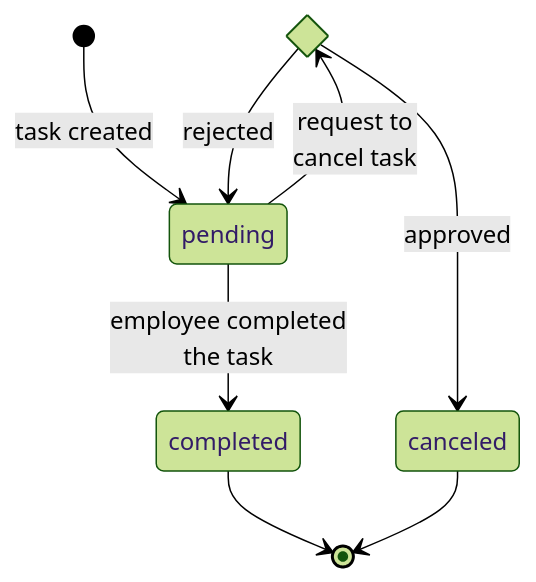
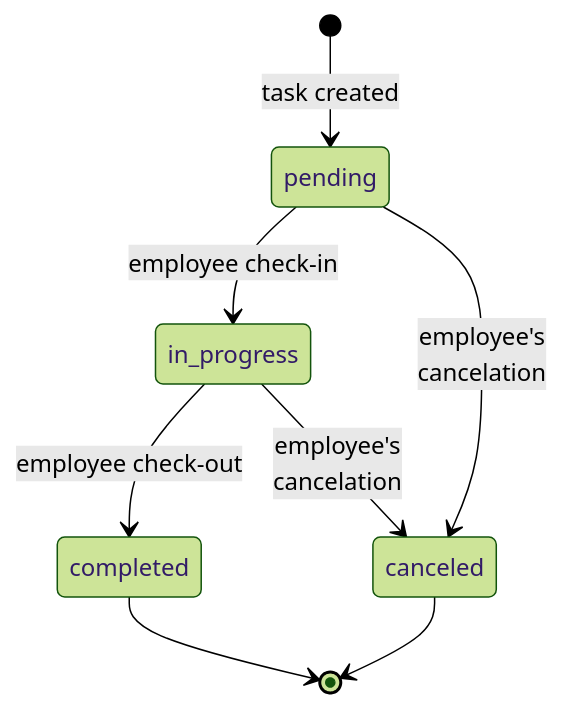
One commit to nnminh-sam/trip-sync-microservices changed the second of 3 diagrams in docs/state-diagram.md. Above: the diagram before and after it, drawn with Mermaid (forest theme). The commit also changed other lines of this file and 2 other files, not shown here.

````diff
--- a/docs/state-diagram.md
+++ b/docs/state-diagram.md
@@ -30,11 +33,10 @@
 ```mermaid
 stateDiagram-v2
-    state if_state <<choice>>
     [*] --> pending: task created
-    pending --> if_state: request to<br/>cancel task
-    pending --> completed: employee completed<br/>the task
-    if_state --> pending: rejected
-    if_state --> canceled: approved
+    pending --> in_progress: employee check-in
+    in_progress --> completed: employee check-out
+    pending --> canceled: employee's<br/>cancelation
+    in_progress --> canceled: employee's<br/>cancelation
     completed --> [*]
     canceled --> [*]
 ```
````
